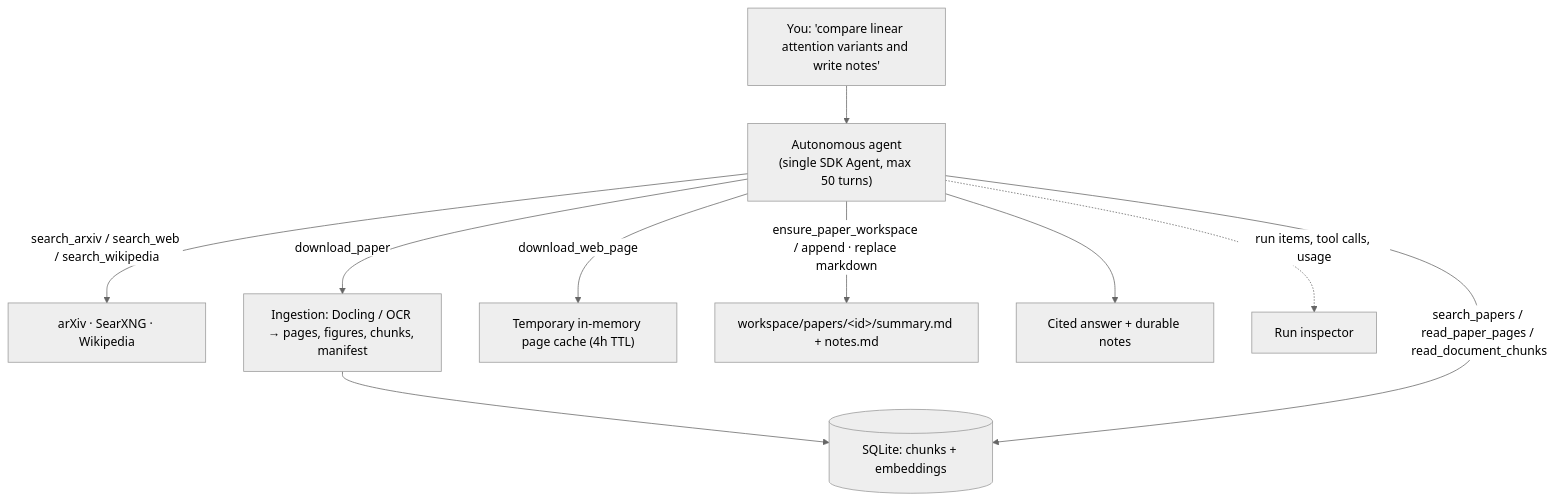
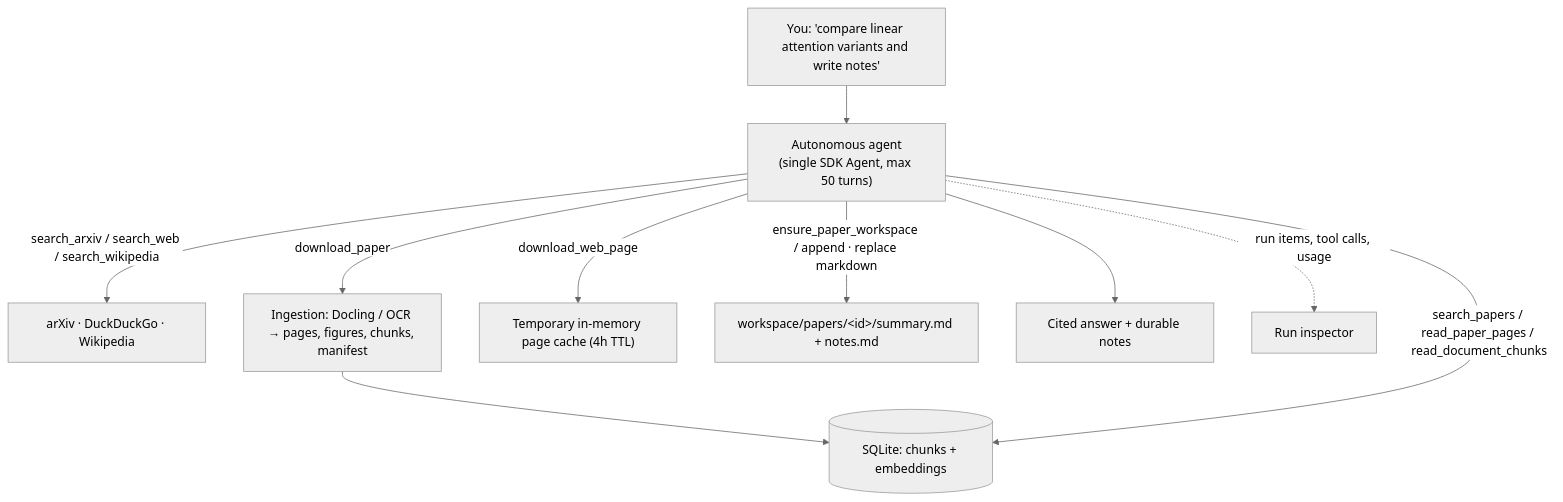
The first of 2 diagrams in README.md (giridharmunagala/scholarweave), drawn with Mermaid (neutral theme) before and after one commit. The commit also changed other lines of this file and 37 other files, not shown here.

````diff
--- a/README.md
+++ b/README.md
@@ -91,12 +92,12 @@
 ```mermaid
 flowchart TD
     U["You: 'compare linear attention variants and write notes'"] --> A["Autonomous agent<br/>(single SDK Agent, max 50 turns)"]
-    A -->|search_arxiv / search_web / search_wikipedia| EXT["arXiv · SearXNG · Wikipedia"]
+    A -->|search_arxiv / search_web / search_wikipedia| EXT["arXiv · DuckDuckGo · Wikipedia"]
     A -->|download_paper| ING["Ingestion: Docling / OCR → pages, figures, chunks, manifest"]
     A -->|download_web_page| TMP["Temporary in-memory page cache (4h TTL)"]
     ING --> IDX[("SQLite: chunks + embeddings")]
     A -->|search_papers / read_paper_pages / read_document_chunks| IDX
     A -->|ensure_paper_workspace / append · replace markdown| WS["workspace/papers/&lt;id&gt;/summary.md + notes.md"]
     A --> OUT["Cited answer + durable notes"]
     A -.->|run items, tool calls, usage| RUNS["Run inspector"]
 ```
````
